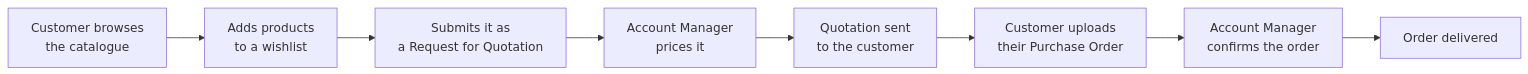
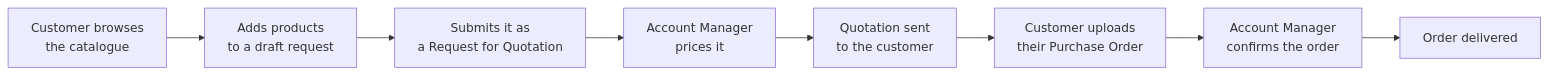
The diagram in docs/b2b_ecommerce_docs/_user_guide/000-README.md (LaplaceSoftware/lp_projects_docs), drawn with Mermaid before and after one commit. The commit also changed other lines of this file and 48 other files, not shown here.

````diff
--- a/docs/b2b_ecommerce_docs/_user_guide/000-README.md
+++ b/docs/b2b_ecommerce_docs/_user_guide/000-README.md
@@ -59,10 +58,10 @@
 ```mermaid
 flowchart LR
-    A["Customer browses<br/>the catalogue"] --> B["Adds products<br/>to a wishlist"]
+    A["Customer browses<br/>the catalogue"] --> B["Adds products<br/>to a draft request"]
     B --> C["Submits it as<br/>a Request for Quotation"]
     C --> D["Account Manager<br/>prices it"]
     D --> E["Quotation sent<br/>to the customer"]
     E --> F["Customer uploads<br/>their Purchase Order"]
     F --> G["Account Manager<br/>confirms the order"]
     G --> H["Order delivered"]
 ```
````
